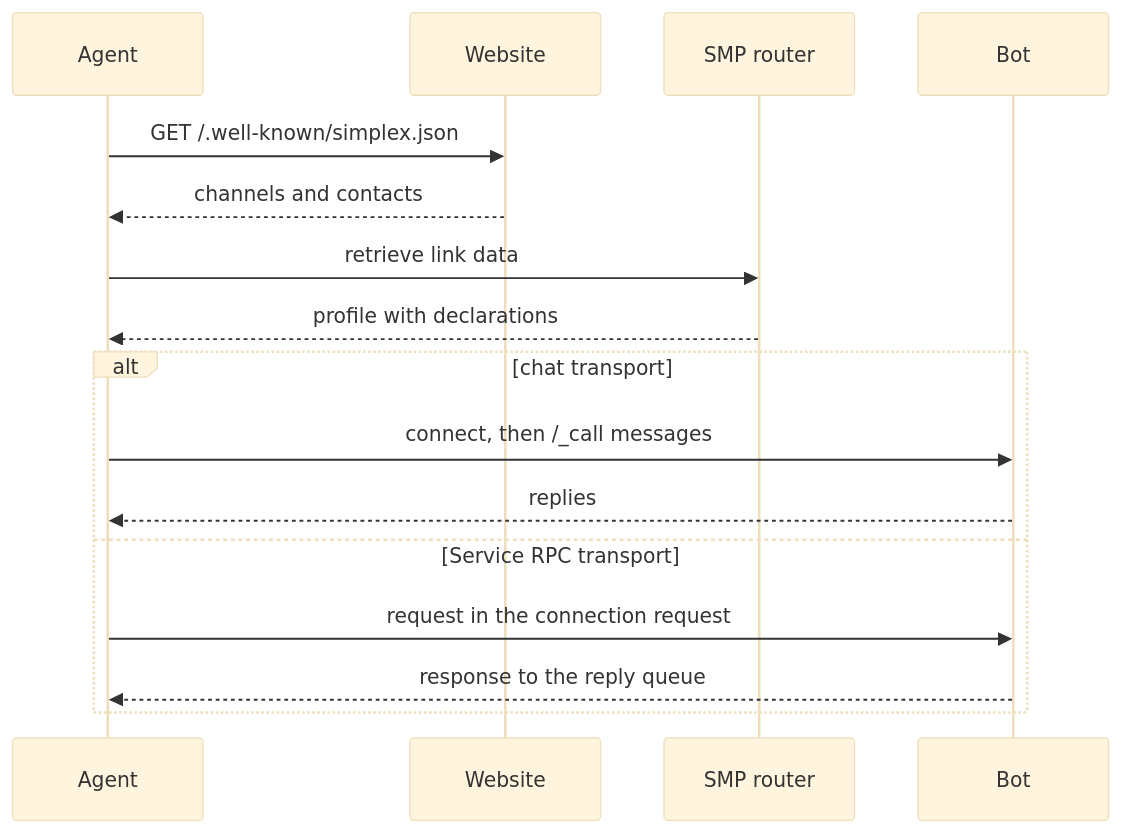
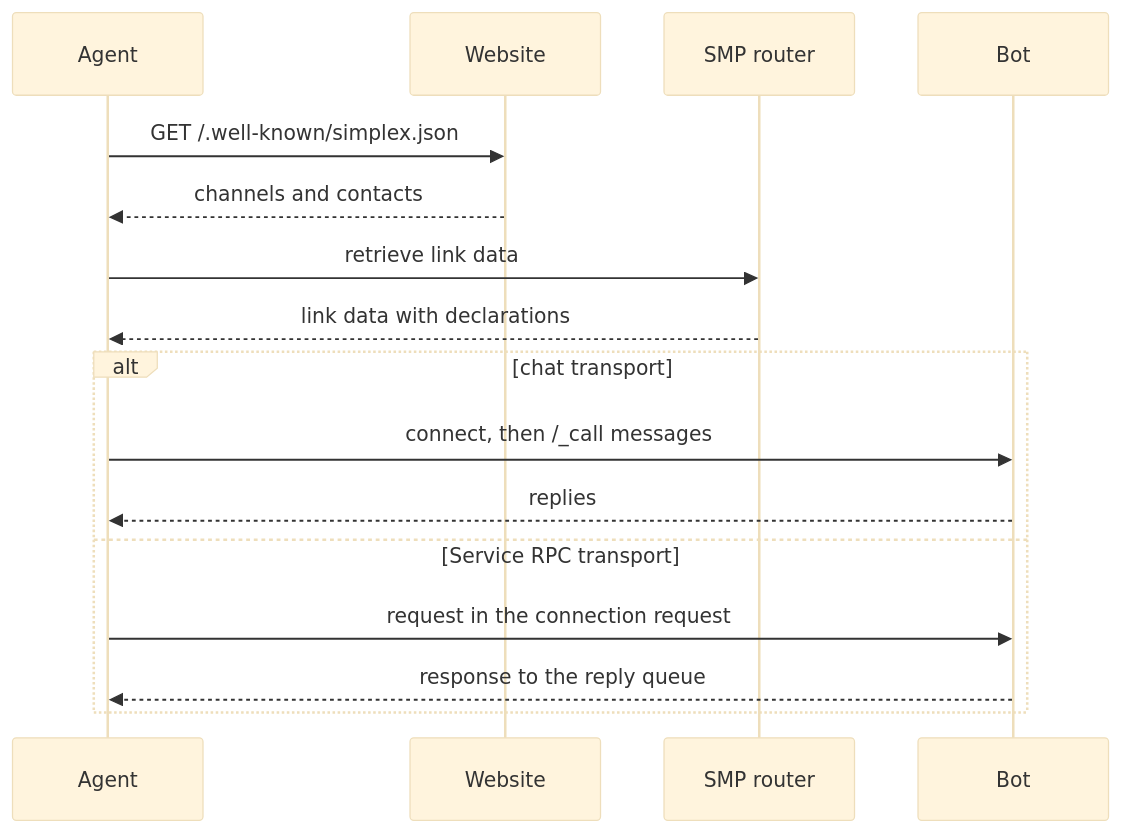
The diagram in docs/protocol/agent-protocols.md (simplex-chat/simplex-chat), drawn with Mermaid (base theme) before and after one commit. The commit also changed other lines of this file and 1 other file, not shown here.

````diff
--- a/docs/protocol/agent-protocols.md
+++ b/docs/protocol/agent-protocols.md
@@ -63,19 +63,19 @@
 ```mermaid
 sequenceDiagram
     participant A as Agent
     participant W as Website
     participant R as SMP router
     participant B as Bot
 
     A->>W: GET /.well-known/simplex.json
     W-->>A: channels and contacts
     A->>R: retrieve link data
-    R-->>A: profile with declarations
+    R-->>A: link data with declarations
     alt chat transport
         A->>B: connect, then /_call messages
         B-->>A: replies
     else Service RPC transport
         A->>B: request in the connection request
         B-->>A: response to the reply queue
     end
 ```
````
